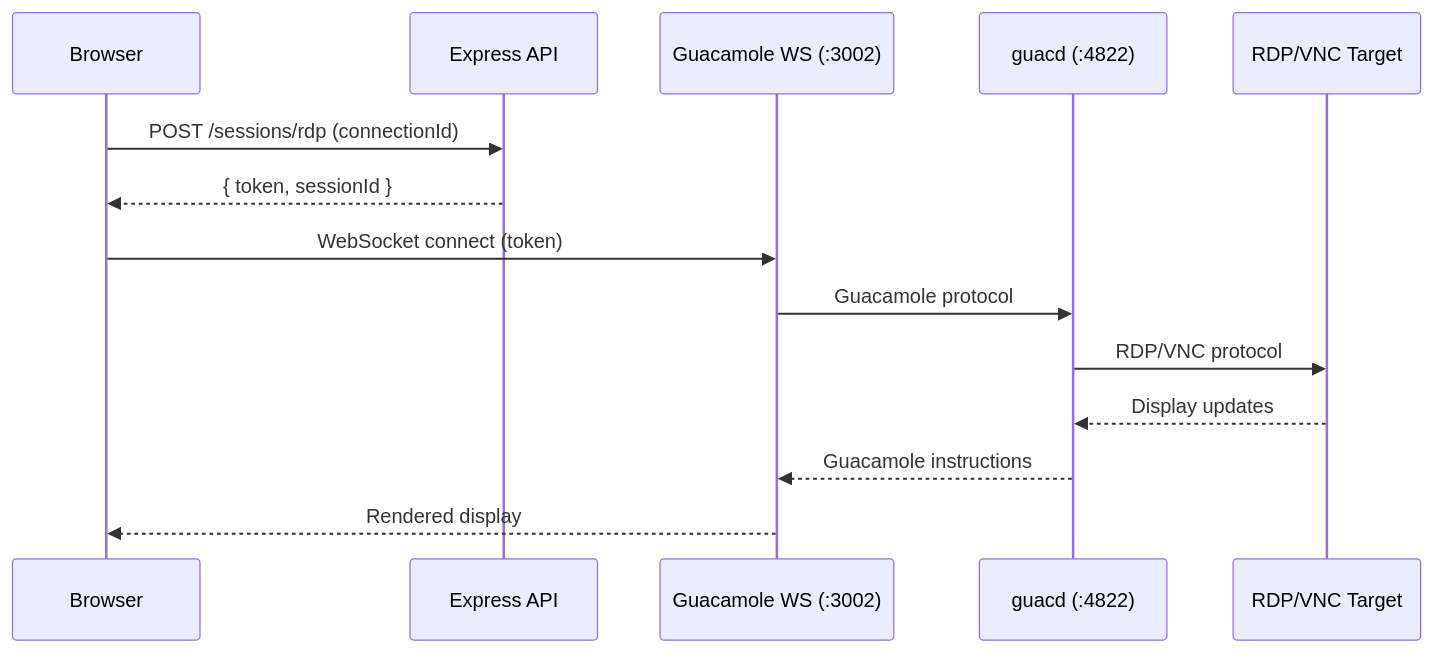
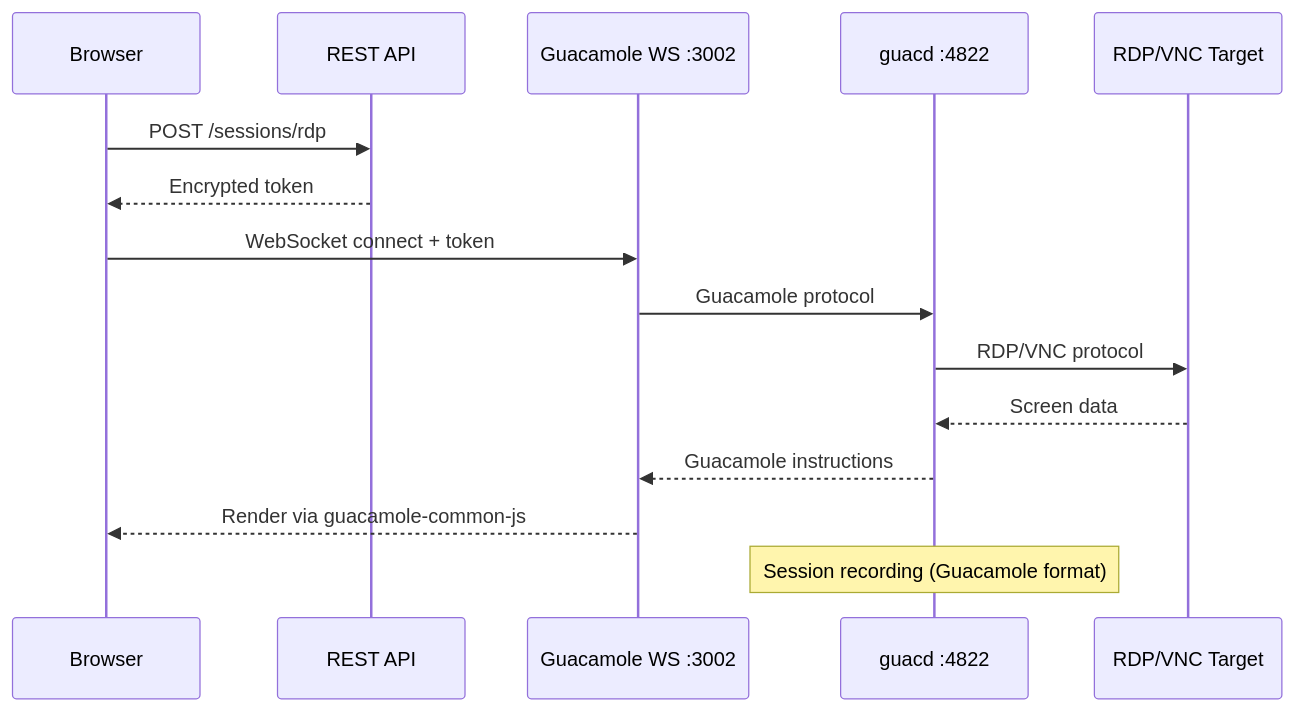
The sixth of 11 diagrams in docs/architecture.md (dnviti/remote-desktop-manager), drawn with Mermaid before and after one commit. The commit also changed other lines of this file and 9 other files, not shown here.

````diff
--- a/docs/architecture.md
+++ b/docs/architecture.md
@@ -252,17 +386,18 @@
 ```mermaid
 sequenceDiagram
     participant Browser
-    participant API as Express API
-    participant GuacWS as Guacamole WS (:3002)
-    participant Guacd as guacd (:4822)
+    participant API as REST API
+    participant GuacWS as Guacamole WS :3002
+    participant GuacD as guacd :4822
     participant Target as RDP/VNC Target
 
-    Browser->>API: POST /sessions/rdp (connectionId)
-    API-->>Browser: { token, sessionId }
-    Browser->>GuacWS: WebSocket connect (token)
-    GuacWS->>Guacd: Guacamole protocol
-    Guacd->>Target: RDP/VNC protocol
-    Target-->>Guacd: Display updates
-    Guacd-->>GuacWS: Guacamole instructions
-    GuacWS-->>Browser: Rendered display
+    Browser->>API: POST /sessions/rdp
+    API-->>Browser: Encrypted token
+    Browser->>GuacWS: WebSocket connect + token
+    GuacWS->>GuacD: Guacamole protocol
+    GuacD->>Target: RDP/VNC protocol
+    Target-->>GuacD: Screen data
+    GuacD-->>GuacWS: Guacamole instructions
+    GuacWS-->>Browser: Render via guacamole-common-js
+    Note over GuacD: Session recording (Guacamole format)
 ```
````
